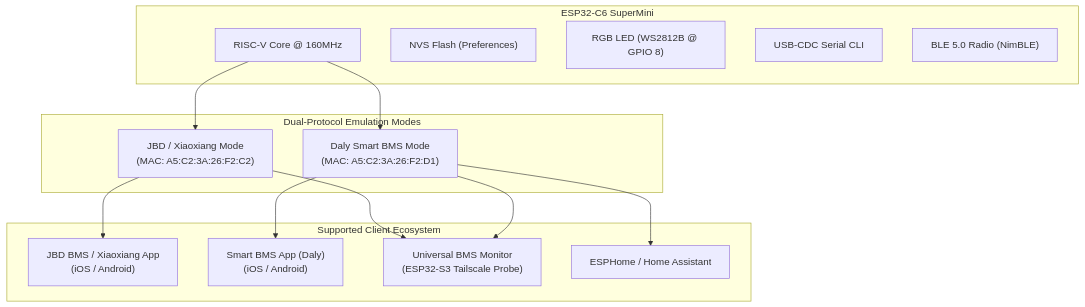
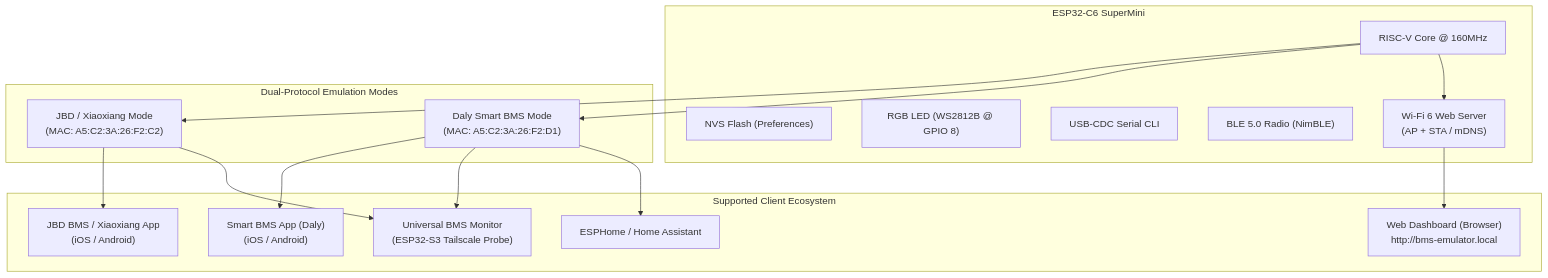
Before and after one commit to tigersumy/JBD-BMS-Emulator-ESP32C6: the diagram in PROJECT_CAPABILITIES.md, drawn with Mermaid. The commit also changed other lines of this file and 10 other files, not shown here.

Commit message:
feat(web): add embedded Wi-Fi Web Dashboard, AP Captive Portal, and REST API

````diff
--- a/PROJECT_CAPABILITIES.md
+++ b/PROJECT_CAPABILITIES.md
@@ -26,30 +26,34 @@
 ```mermaid
 flowchart TD
     subgraph Hardware ["ESP32-C6 SuperMini"]
         Core["RISC-V Core @ 160MHz"]
         NVS["NVS Flash (Preferences)"]
         RGB["RGB LED (WS2812B @ GPIO 8)"]
         USB["USB-CDC Serial CLI"]
         BLE["BLE 5.0 Radio (NimBLE)"]
+        WIFI["Wi-Fi 6 Web Server\n(AP + STA / mDNS)"]
     end
 
     subgraph Modes ["Dual-Protocol Emulation Modes"]
         JBD["JBD / Xiaoxiang Mode\n(MAC: A5:C2:3A:26:F2:C2)"]
         DALY["Daly Smart BMS Mode\n(MAC: A5:C2:3A:26:F2:D1)"]
     end
 
     subgraph Clients ["Supported Client Ecosystem"]
         AppJBD["JBD BMS / Xiaoxiang App\n(iOS / Android)"]
         AppDaly["Smart BMS App (Daly)\n(iOS / Android)"]
+        WebUI["Web Dashboard (Browser)\nhttp://bms-emulator.local"]
         Probe["Universal BMS Monitor\n(ESP32-S3 Tailscale Probe)"]
         HA["ESPHome / Home Assistant"]
     end
 
     Core --> JBD
     Core --> DALY
+    Core --> WIFI
+    WIFI --> WebUI
     JBD --> AppJBD
     JBD --> Probe
     DALY --> AppDaly
     DALY --> Probe
     DALY --> HA
 ```
````
